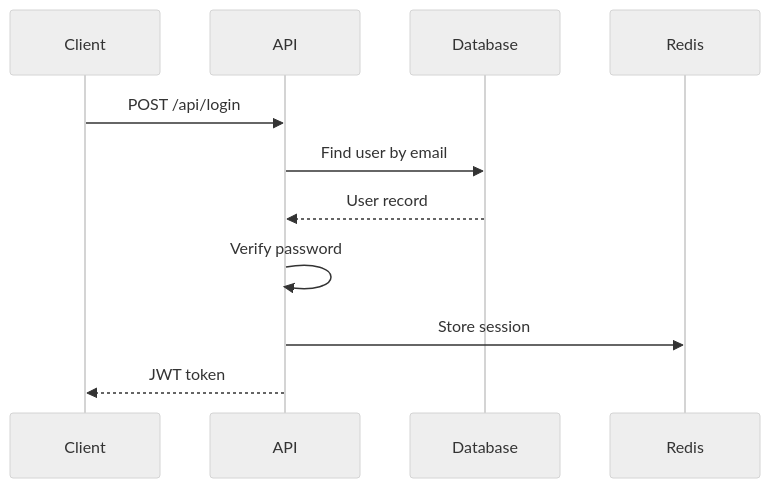
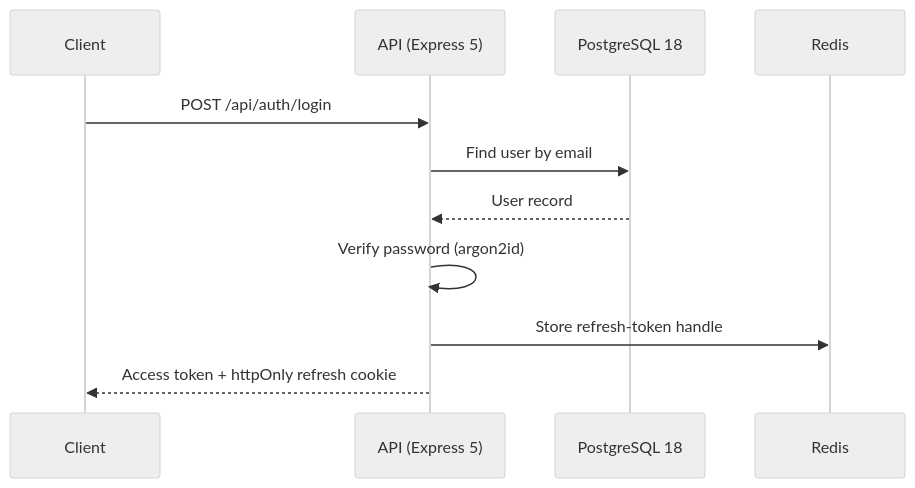
One commit to servika/claude-code-setup changed the seventh of 10 diagrams in .claude/rules/architecture.md. Above: the diagram before and after it, drawn with Mermaid (neutral theme). The commit also changed other lines of this file and 109 other files, not shown here.

````diff
--- a/.claude/rules/architecture.md
+++ b/.claude/rules/architecture.md
@@ -275,14 +620,14 @@
 ```mermaid
 sequenceDiagram
     participant C as Client
-    participant A as API
-    participant D as Database
+    participant A as API (Express 5)
+    participant D as PostgreSQL 18
     participant R as Redis
 
-    C->>A: POST /api/login
+    C->>A: POST /api/auth/login
     A->>D: Find user by email
     D-->>A: User record
-    A->>A: Verify password
-    A->>R: Store session
-    A-->>C: JWT token
+    A->>A: Verify password (argon2id)
+    A->>R: Store refresh-token handle
+    A-->>C: Access token + httpOnly refresh cookie
 ```
````
